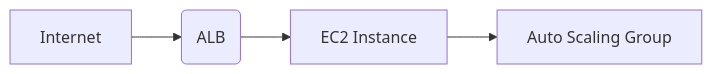
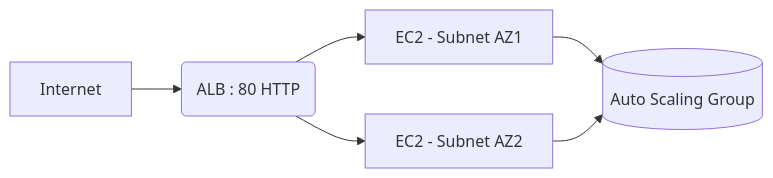
Before and after one commit to lhassan-oubihi-eng/lafarge-truck-traffic: the diagram in README.md, drawn with Mermaid. The commit also changed other lines of this file, not shown here.

````diff
--- a/README.md
+++ b/README.md
@@ -9,6 +13,8 @@
 ```mermaid
 graph LR
-    A[Internet] --> B(ALB)
-    B --> C[EC2 Instance]
-    C --> E[Auto Scaling Group]
+    A[Internet] --> B(ALB : 80 HTTP)
+    B --> C[EC2 - Subnet AZ1]
+    B --> D[EC2 - Subnet AZ2]
+    C & D --> E[(Auto Scaling Group)]
+
 ```
````
